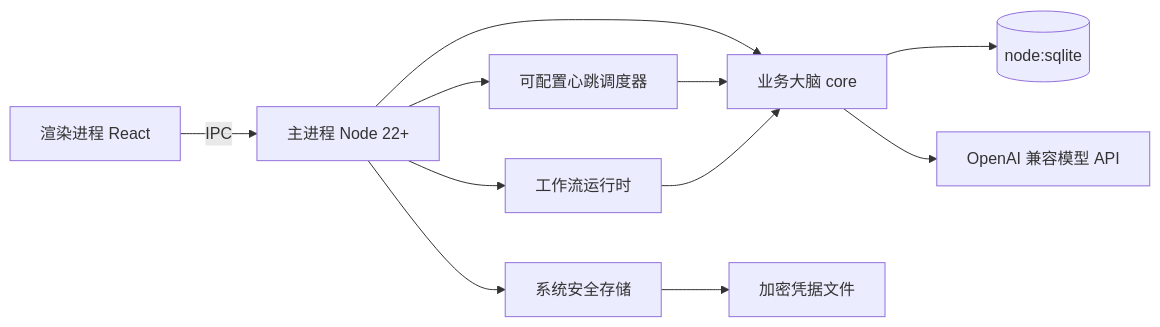
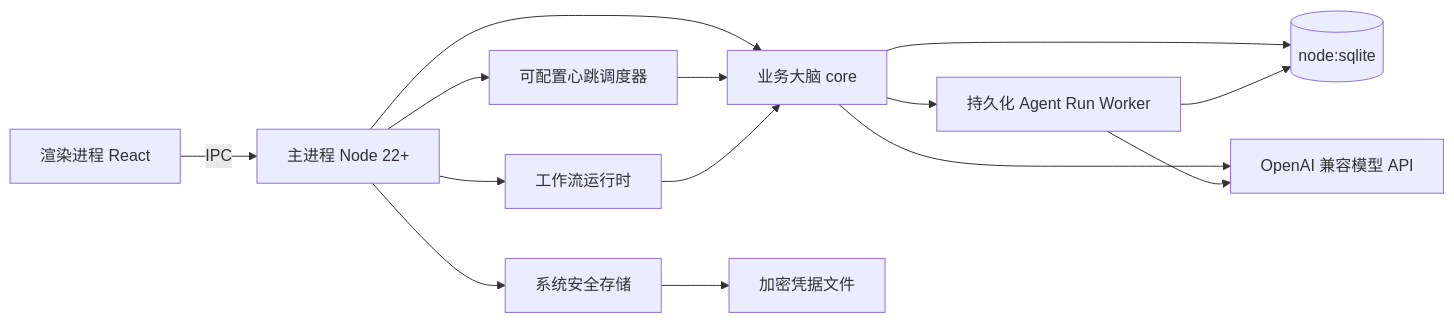
One commit to CuSO41108/mission-agent changed the diagram in README.md. Above: the diagram before and after it, drawn with Mermaid. The commit also changed other lines of this file and 13 other files, not shown here.

Commit message:
feat(agent): add durable run queue and console

````diff
--- a/README.md
+++ b/README.md
@@ -105,13 +106,16 @@
 ```mermaid
 flowchart LR
   Renderer[渲染进程 React] -->|IPC| Main[主进程 Node 22+]
   Main --> Core[业务大脑 core]
   Core --> SQLite[(node:sqlite)]
   Core --> Model[OpenAI 兼容模型 API]
   Main --> Scheduler[可配置心跳调度器]
+  Core --> Queue[持久化 Agent Run Worker]
+  Queue --> SQLite
+  Queue --> Model
   Main --> Workflow[工作流运行时]
   Main --> SafeStorage[系统安全存储]
   Scheduler --> Core
   SafeStorage --> Secrets[加密凭据文件]
   Workflow --> Core
 ```
````
